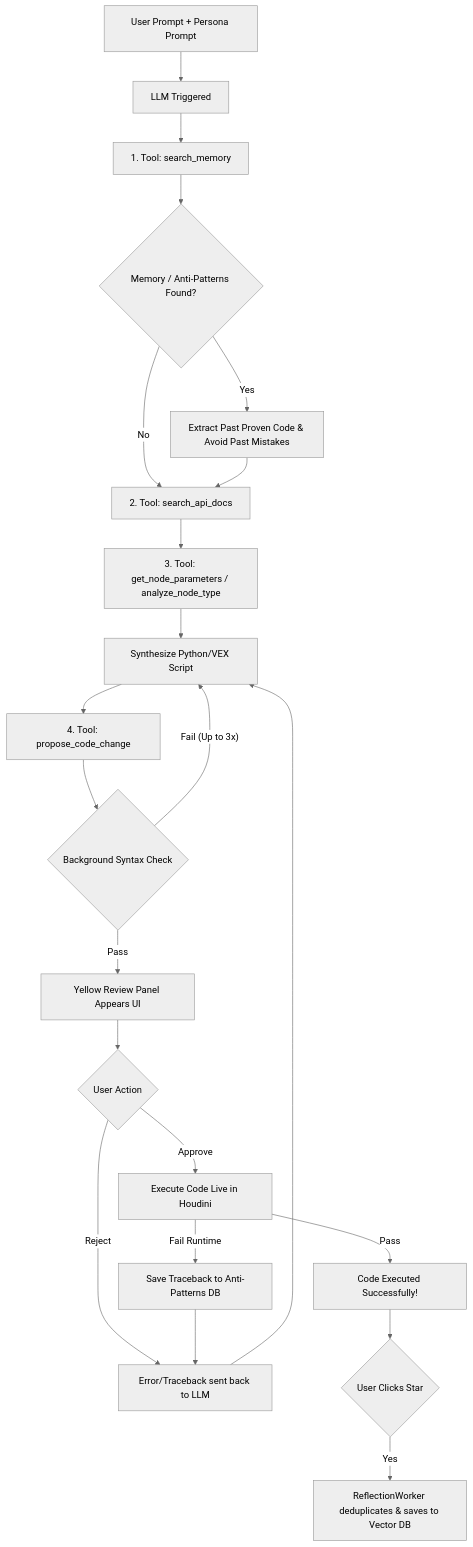
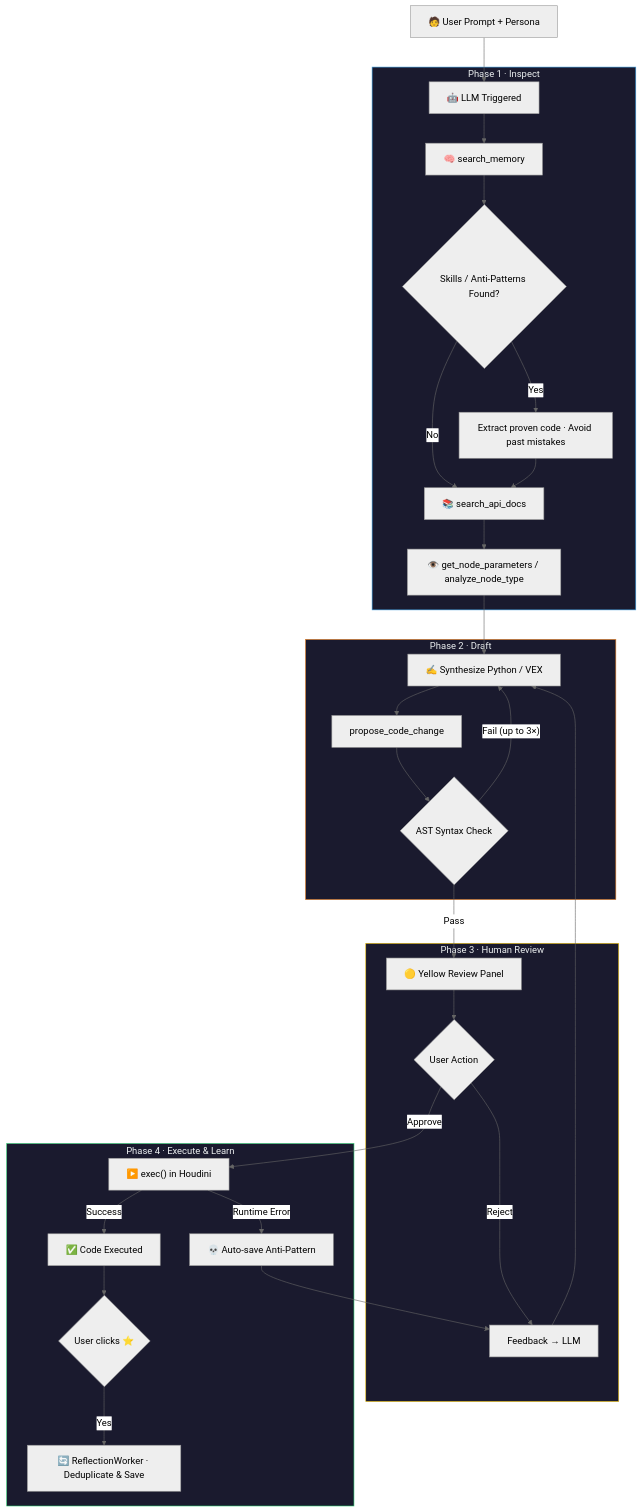
One commit to mangomaker5/Houdini-LLM changed the first of 3 diagrams in agentic_workflow.md. Above: the diagram before and after it, drawn with Mermaid (neutral theme). The commit also changed other lines of this file and 4 other files, not shown here.

Commit message:
docs: add agent flow technical documentation and implement UI modularization with action scripts

````diff
--- a/agentic_workflow.md
+++ b/agentic_workflow.md
@@ -18,24 +13,41 @@
 ```mermaid
 graph TD
-    A[User Prompt + Persona Prompt] --> B[LLM Triggered]
-    B --> C[1. Tool: search_memory]
-    C --> D{Memory / Anti-Patterns Found?}
-    D -- Yes --> E[Extract Past Proven Code & Avoid Past Mistakes]
-    D -- No --> F[2. Tool: search_api_docs]
-    E --> F
-    F --> G[3. Tool: get_node_parameters / analyze_node_type]
-    G --> H[Synthesize Python/VEX Script]
-    H --> I[4. Tool: propose_code_change]
-    I --> J{Background Syntax Check}
-    J -- Fail (Up to 3x) --> H
-    J -- Pass --> K[Yellow Review Panel Appears UI]
-    K --> L{User Action}
-    L -- Reject --> M[Error/Traceback sent back to LLM]
-    M --> H
-    L -- Approve --> N[Execute Code Live in Houdini]
-    N -- Fail Runtime --> O[Save Traceback to Anti-Patterns DB]
-    O --> M
-    N -- Pass --> P[Code Executed Successfully!]
-    P --> Q{User Clicks Star}
-    Q -- Yes --> R[ReflectionWorker deduplicates & saves to Vector DB]
+    A["🧑 User Prompt + Persona"] --> B["🤖 LLM Triggered"]
+
+    subgraph INSPECT["Phase 1 · Inspect"]
+        B --> C["🧠 search_memory"]
+        C --> D{"Skills / Anti-Patterns Found?"}
+        D -- Yes --> E["Extract proven code · Avoid past mistakes"]
+        D -- No --> F["📚 search_api_docs"]
+        E --> F
+        F --> G["👁️ get_node_parameters / analyze_node_type"]
+    end
+
+    subgraph DRAFT["Phase 2 · Draft"]
+        G --> H["✍️ Synthesize Python / VEX"]
+        H --> I["propose_code_change"]
+        I --> J{"AST Syntax Check"}
+        J -- "Fail (up to 3×)" --> H
+    end
+
+    subgraph REVIEW["Phase 3 · Human Review"]
+        J -- Pass --> K["🟡 Yellow Review Panel"]
+        K --> L{"User Action"}
+        L -- Reject --> M["Feedback → LLM"]
+        M --> H
+    end
+
+    subgraph EXECUTE["Phase 4 · Execute & Learn"]
+        L -- Approve --> N["▶️ exec() in Houdini"]
+        N -- "Runtime Error" --> O["💀 Auto-save Anti-Pattern"]
+        O --> M
+        N -- Success --> P["✅ Code Executed"]
+        P --> Q{"User clicks ⭐"}
+        Q -- Yes --> R["🔄 ReflectionWorker · Deduplicate & Save"]
+    end
+
+    style INSPECT fill:#1a1a2e,stroke:#3498db,color:#ecf0f1
+    style DRAFT fill:#1a1a2e,stroke:#e67e22,color:#ecf0f1
+    style REVIEW fill:#1a1a2e,stroke:#f1c40f,color:#ecf0f1
+    style EXECUTE fill:#1a1a2e,stroke:#2ecc71,color:#ecf0f1
 ```
````
